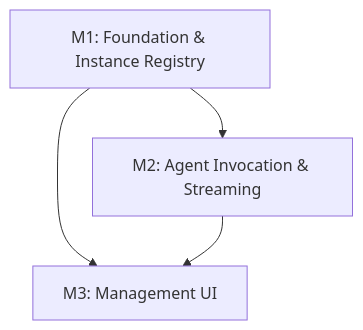
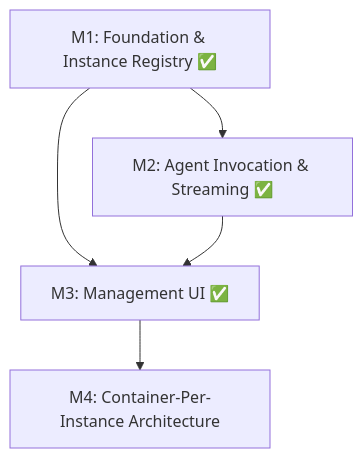
The diagram in spec/plan/README.md (pedropaulovc/claude-agent-sdk-aas), drawn with Mermaid before and after one commit. The commit also changed other lines of this file and 10 other files, not shown here.

First line of the commit message:
Update spec for container-per-instance architecture (M4)

````diff
--- a/spec/plan/README.md
+++ b/spec/plan/README.md
@@ -20,6 +20,7 @@
 ```mermaid
 graph TD
-    M1[M1: Foundation & Instance Registry] --> M2[M2: Agent Invocation & Streaming]
-    M1 --> M3[M3: Management UI]
+    M1[M1: Foundation & Instance Registry ✅] --> M2[M2: Agent Invocation & Streaming ✅]
+    M1 --> M3[M3: Management UI ✅]
     M2 --> M3
+    M3 --> M4[M4: Container-Per-Instance Architecture]
 ```
````
